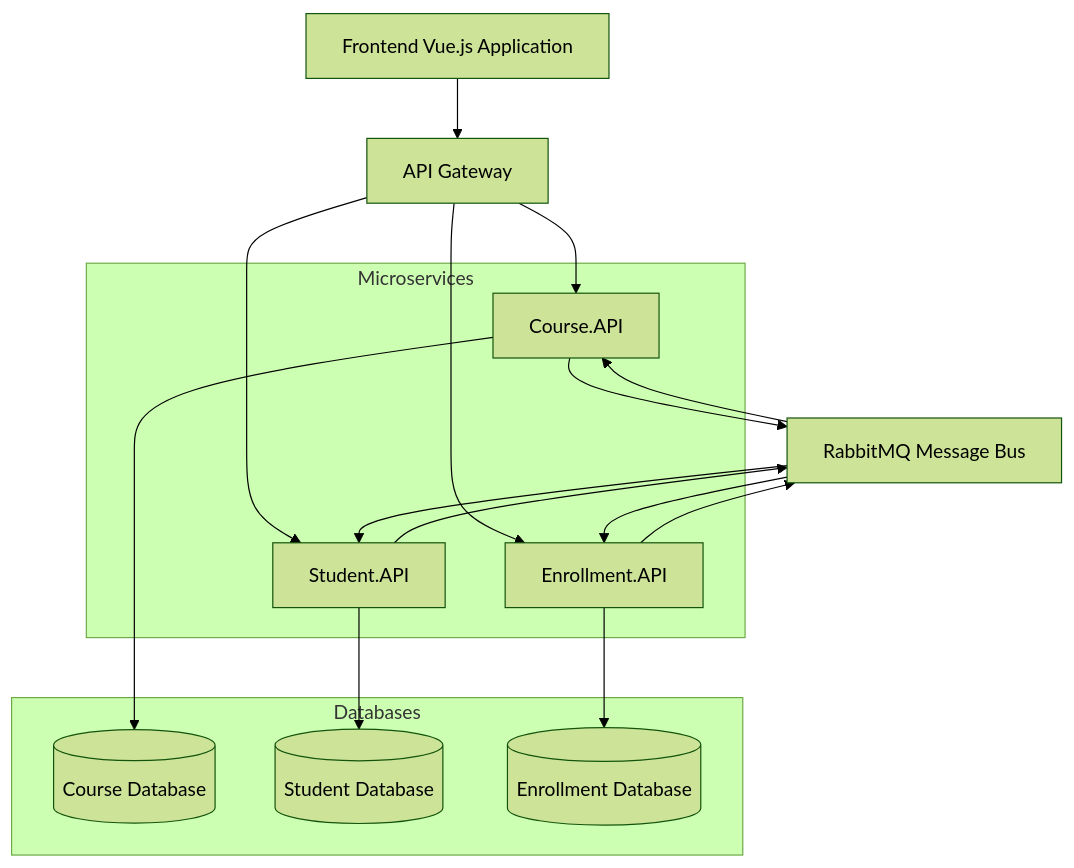
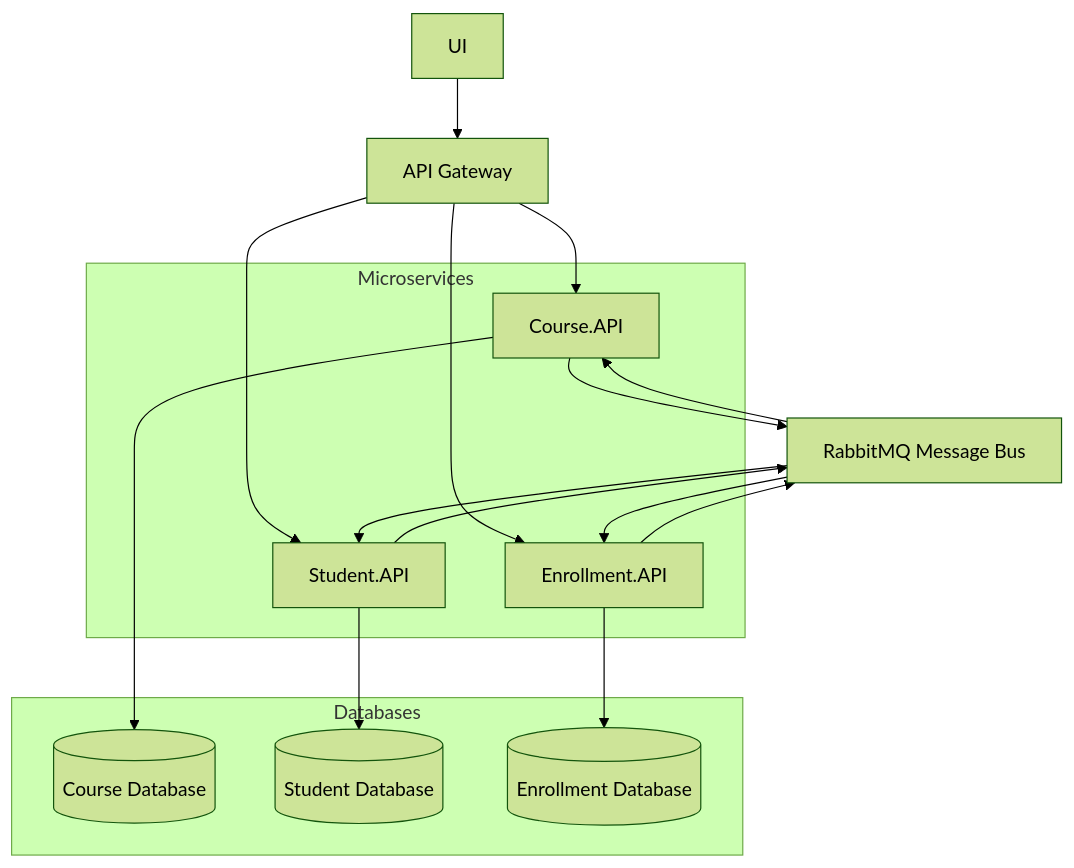
The first of 4 diagrams in microservices-arch.md (inc00gnito/master-thesis), drawn with Mermaid (forest theme) before and after one commit.

````diff
--- a/microservices-arch.md
+++ b/microservices-arch.md
@@ -3,35 +3,35 @@
 ```mermaid
 graph TB
-    Client[Frontend Vue.js Application]
+    Client[UI]
     Gateway[API Gateway]
     RabbitMQ[RabbitMQ Message Bus]
 
     subgraph Microservices
         CourseAPI[Course.API]
         StudentAPI[Student.API]
         EnrollmentAPI[Enrollment.API]
     end
 
     subgraph Databases
         CourseDB[(Course Database)]
         StudentDB[(Student Database)]
         EnrollmentDB[(Enrollment Database)]
     end
 
     Client --> Gateway
     Gateway --> CourseAPI
     Gateway --> StudentAPI
     Gateway --> EnrollmentAPI
 
     CourseAPI --> CourseDB
     StudentAPI --> StudentDB
     EnrollmentAPI --> EnrollmentDB
 
     CourseAPI --> RabbitMQ
     StudentAPI --> RabbitMQ
     EnrollmentAPI --> RabbitMQ
 
     RabbitMQ --> CourseAPI
     RabbitMQ --> StudentAPI
     RabbitMQ --> EnrollmentAPI
 ```
````
